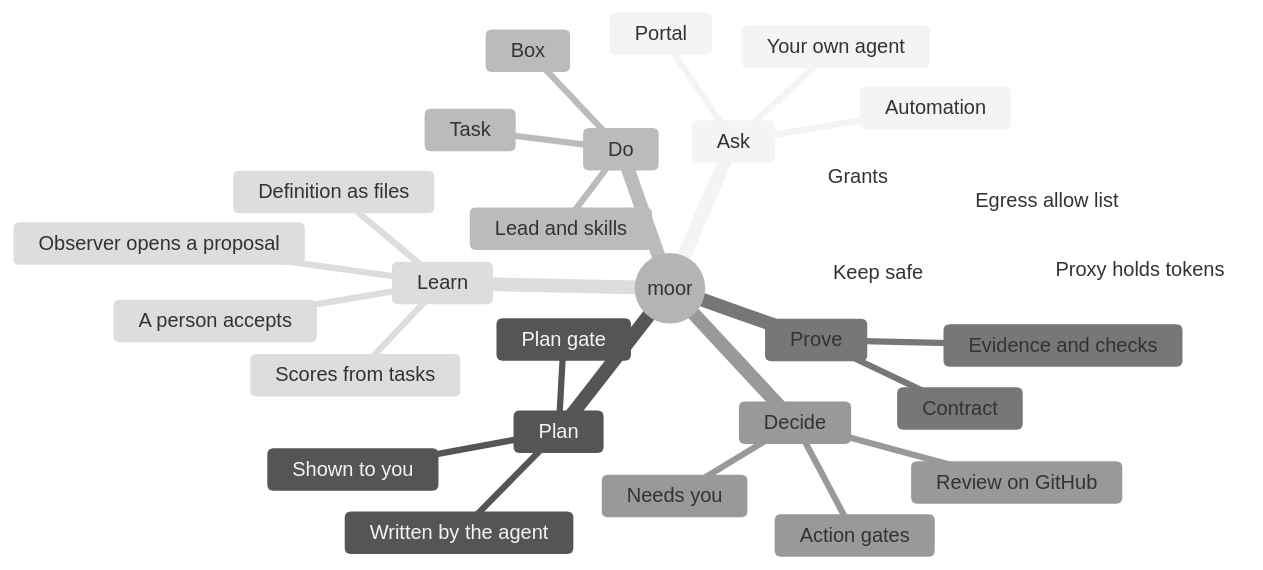
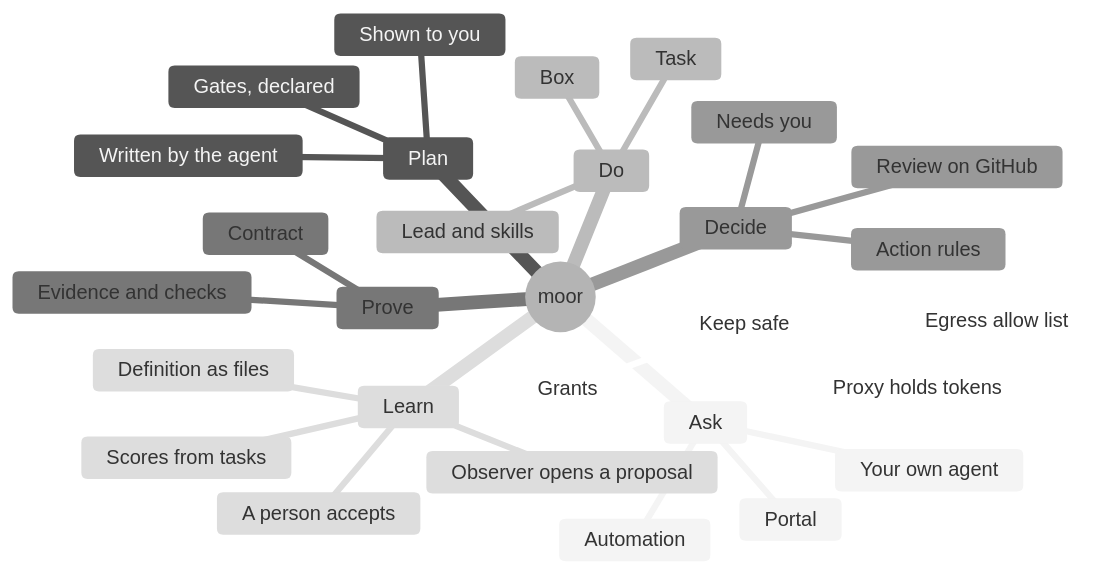
Before and after one commit to IniZio/moor: the fourth of 4 diagrams in docs/specs/position.md, drawn with Mermaid (neutral theme). The commit also changed other lines of this file, not shown here.

Commit message:
docs(specs): declare gates in the definition

````diff
--- a/docs/specs/position.md
+++ b/docs/specs/position.md
@@ -310,32 +328,32 @@
 ```mermaid
 mindmap
   root((moor))
     Ask
       Portal
       Your own agent
       Automation
     Plan
       Written by the agent
       Shown to you
-      Plan gate
+      Gates, declared
     Do
       Task
       Box
       Lead and skills
     Prove
       Contract
       Evidence and checks
     Decide
       Needs you
-      Action gates
+      Action rules
       Review on GitHub
     Learn
       Definition as files
       Scores from tasks
       Observer opens a proposal
       A person accepts
     Keep safe
       Proxy holds tokens
       Egress allow list
       Grants
 ```
````
